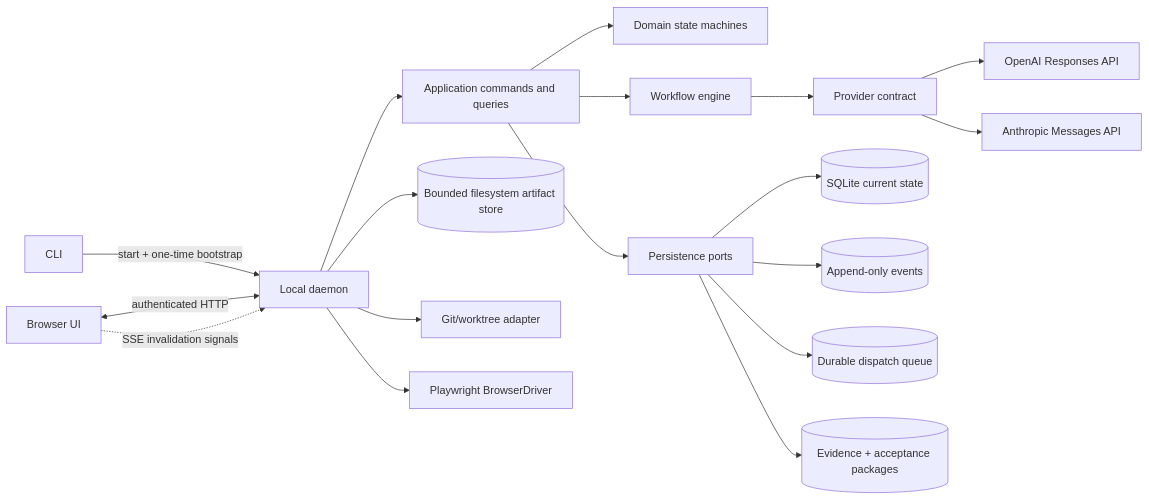
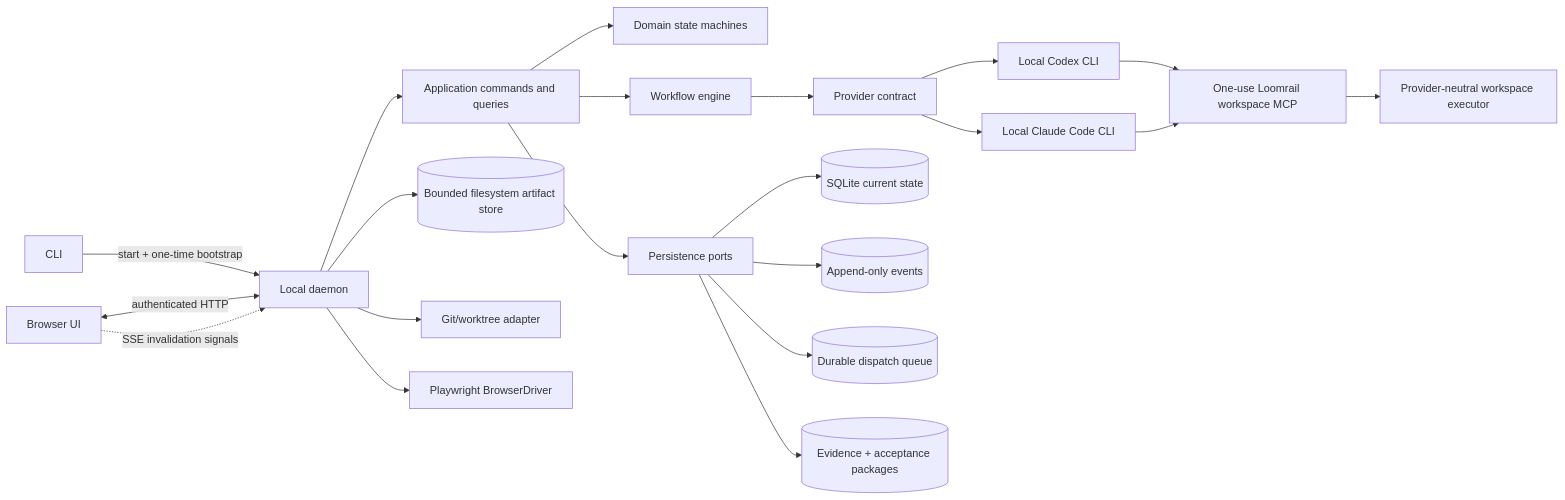
The first of 2 diagrams in docs/architecture/OVERVIEW.md (loomrail/loomrail), drawn with Mermaid before and after one commit. The commit also changed other lines of this file and 126 other files, not shown here.

Commit message:
feat(execution): run bounded local provider workflows

````diff
--- a/docs/architecture/OVERVIEW.md
+++ b/docs/architecture/OVERVIEW.md
@@ -12,23 +12,26 @@
 ```mermaid
 flowchart LR
     CLI[CLI] -->|start + one-time bootstrap| D[Local daemon]
     UI[Browser UI] <-->|authenticated HTTP| D
     UI -. SSE invalidation signals .-> D
 
     D --> APP[Application commands and queries]
     APP --> DOMAIN[Domain state machines]
     APP --> WF[Workflow engine]
     WF --> PC[Provider contract]
-    PC --> OPENAI[OpenAI Responses API]
-    PC --> ANTHROPIC[Anthropic Messages API]
+    PC --> CODEX[Local Codex CLI]
+    PC --> CLAUDE[Local Claude Code CLI]
+    CODEX --> MCP[One-use Loomrail workspace MCP]
+    CLAUDE --> MCP
+    MCP --> EXEC[Provider-neutral workspace executor]
 
     APP --> PORT[Persistence ports]
     PORT --> DB[(SQLite current state)]
     PORT --> EVT[(Append-only events)]
     PORT --> QUEUE[(Durable dispatch queue)]
     PORT --> EVIDENCE[(Evidence + acceptance packages)]
 
     D --> ART[(Bounded filesystem artifact store)]
     D --> GIT[Git/worktree adapter]
     D --> BROWSER[Playwright BrowserDriver]
 ```
````
